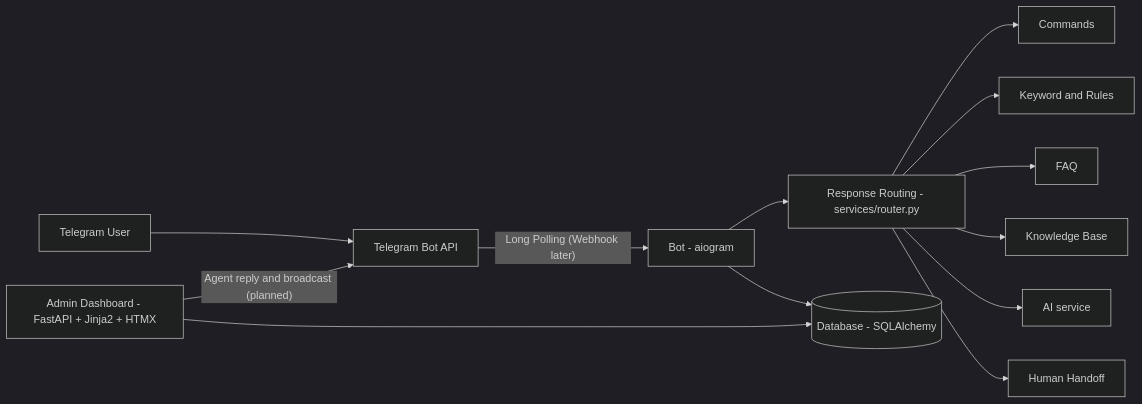
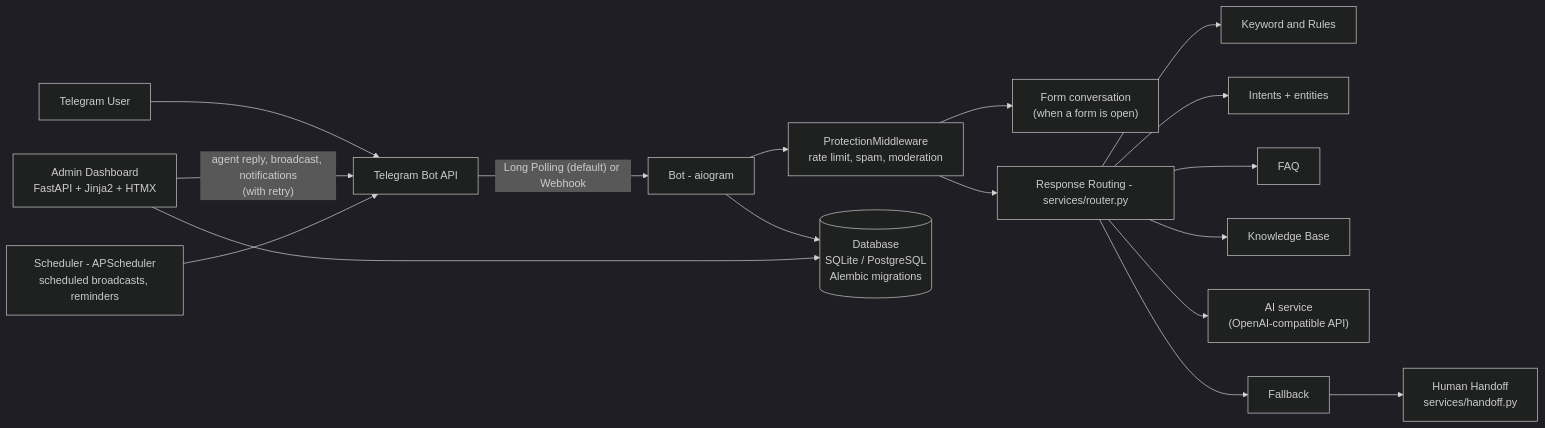
One commit to Bora168-coder-KH/telegram-ai-chatbot-management-system changed the diagram in docs/architecture.md. Above: the diagram before and after it, drawn with Mermaid (dark theme). The commit also changed other lines of this file and 20 other files, not shown here.

First line of the commit message:
docs: README, architecture, screenshots and the evaluation findings

````diff
--- a/docs/architecture.md
+++ b/docs/architecture.md
@@ -3,15 +3,19 @@
 ```mermaid
 flowchart LR
     U["Telegram User"] --> T["Telegram Bot API"]
-    T -->|"Long Polling (Webhook later)"| B["Bot - aiogram"]
-    B --> R["Response Routing - services/router.py"]
-    R --> C["Commands"]
+    T -->|"Long Polling (default) or Webhook"| B["Bot - aiogram"]
+    B --> P["ProtectionMiddleware<br/>rate limit, spam, moderation"]
+    P --> F["Form conversation<br/>(when a form is open)"]
+    P --> R["Response Routing - services/router.py"]
     R --> K["Keyword and Rules"]
-    R --> F["FAQ"]
+    R --> I["Intents + entities"]
+    R --> Q["FAQ"]
     R --> KB["Knowledge Base"]
-    R --> AI["AI service"]
-    R --> H["Human Handoff"]
-    B --> DB[("Database - SQLAlchemy")]
-    A["Admin Dashboard - FastAPI + Jinja2 + HTMX"] --> DB
-    A -->|"Agent reply and broadcast (planned)"| T
+    R --> AI["AI service<br/>(OpenAI-compatible API)"]
+    R --> FB["Fallback"]
+    FB --> H["Human Handoff<br/>services/handoff.py"]
+    B --> DB[("Database<br/>SQLite / PostgreSQL<br/>Alembic migrations")]
+    A["Admin Dashboard<br/>FastAPI + Jinja2 + HTMX"] --> DB
+    A -->|"agent reply, broadcast, notifications<br/>(with retry)"| T
+    S["Scheduler - APScheduler<br/>scheduled broadcasts, reminders"] --> T
 ```
````
